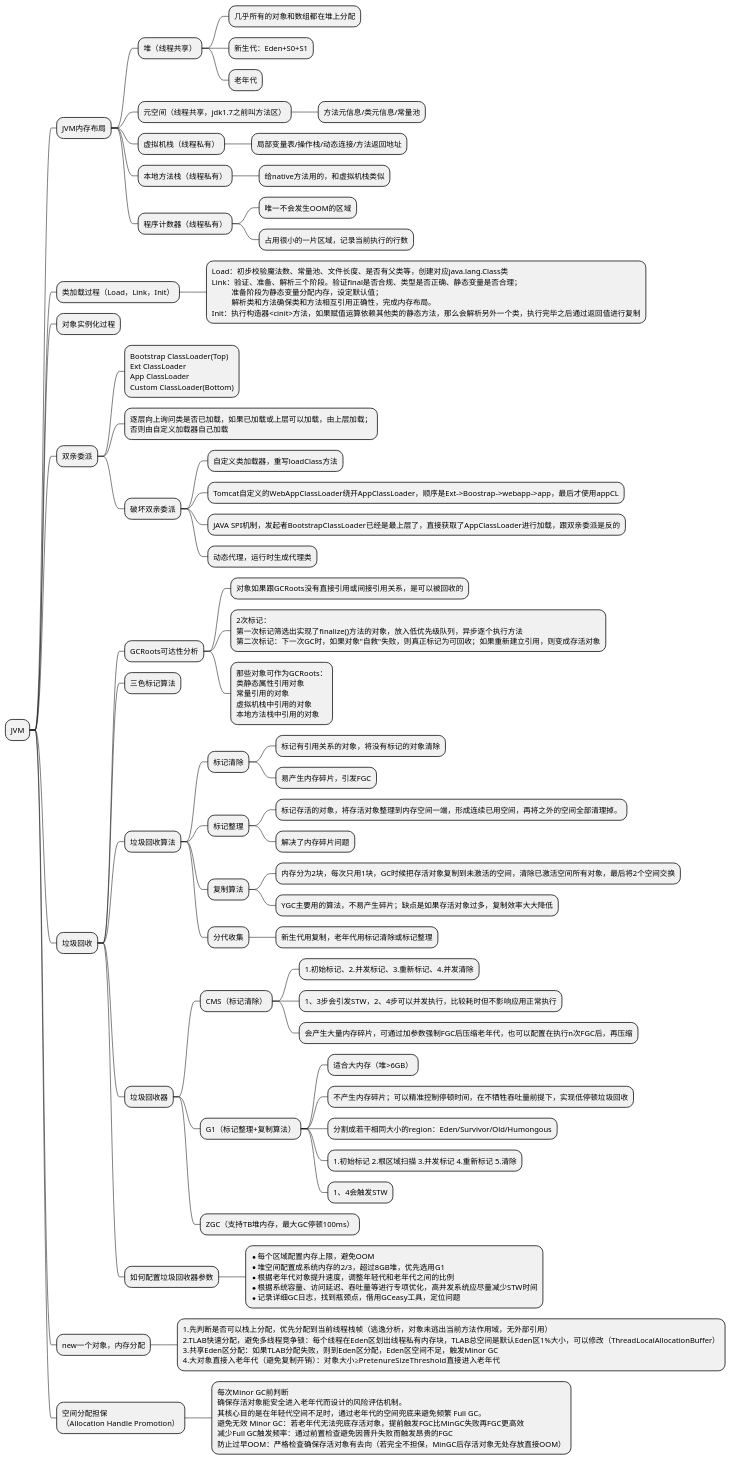
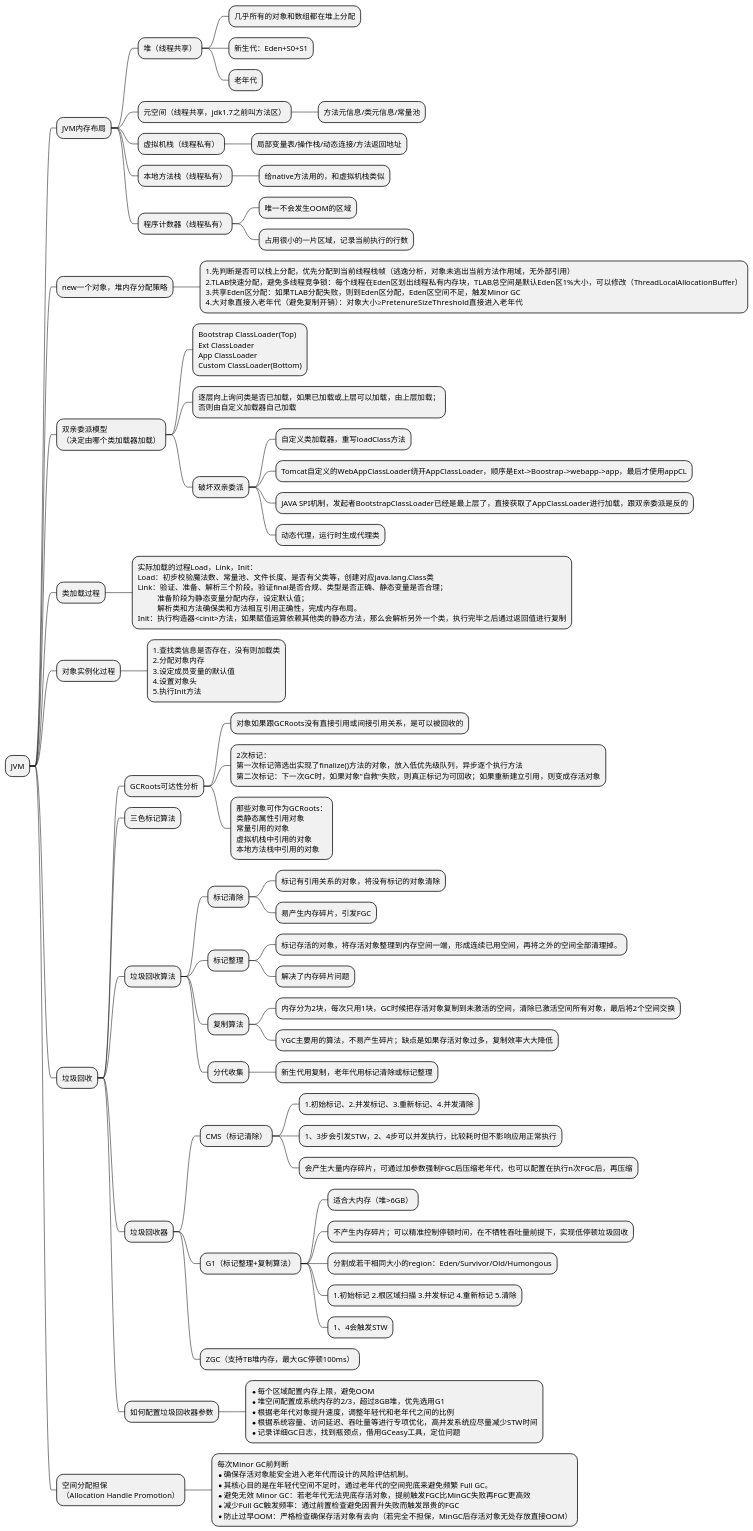
One commit to kuqi007/zor-advanced changed the diagram in notes/recall/Java基础/JVM.puml. Above: the diagram before and after it, drawn with PlantUML.

Commit message:
Recall: JVM.

```diff
--- a/notes/recall/Java基础/JVM.puml
+++ b/notes/recall/Java基础/JVM.puml
@@ -1,109 +1,115 @@
 @startmindmap
 'https://plantuml.com/mindmap-diagram
 
 * JVM
 ** JVM内存布局
 *** 堆（线程共享）
 **** 几乎所有的对象和数组都在堆上分配
 **** 新生代：Eden+S0+S1
 **** 老年代
 *** 元空间（线程共享，jdk1.7之前叫方法区）
 **** 方法元信息/类元信息/常量池
 *** 虚拟机栈（线程私有）
 **** 局部变量表/操作栈/动态连接/方法返回地址
 *** 本地方法栈（线程私有）
 **** 给native方法用的，和虚拟机栈类似
 *** 程序计数器（线程私有）
 **** 唯一不会发生OOM的区域
 **** 占用很小的一片区域，记录当前执行的行数
 
+** new一个对象，堆内存分配策略
+***:1.先判断是否可以栈上分配，优先分配到当前线程栈帧（逃逸分析，对象未逃出当前方法作用域，无外部引用）
+2.TLAB快速分配，避免多线程竞争锁：每个线程在Eden区划出线程私有内存块，TLAB总空间是默认Eden区1%大小，可以修改（ThreadLocalAllocationBuffer）
+3.共享Eden区分配：如果TLAB分配失败，则到Eden区分配，Eden区空间不足，触发Minor GC
+4.大对象直接入老年代（避免复制开销）：对象大小≥PretenureSizeThreshold直接进入老年代;
 
-
-
-** 类加载过程（Load，Link，Init）
-***:Load：初步校验魔法数、常量池、文件长度、是否有父类等，创建对应java.lang.Class类
-Link：验证、准备、解析三个阶段。验证final是否合规、类型是否正确、静态变量是否合理；
-          准备阶段为静态变量分配内存，设定默认值；
-          解析类和方法确保类和方法相互引用正确性，完成内存布局。
-Init：执行构造器<cinit>方法，如果赋值运算依赖其他类的静态方法，那么会解析另外一个类，执行完毕之后通过返回值进行复制;
-
-** 对象实例化过程
-
-** 双亲委派
+** 双亲委派模型\n（决定由哪个类加载器加载）
 ***:Bootstrap ClassLoader(Top)
 Ext ClassLoader
 App ClassLoader
 Custom ClassLoader(Bottom);
 ***:逐层向上询问类是否已加载，如果已加载或上层可以加载，由上层加载；
 否则由自定义加载器自己加载;
 *** 破坏双亲委派
 **** 自定义类加载器，重写loadClass方法
 **** Tomcat自定义的WebAppClassLoader绕开AppClassLoader，顺序是Ext->Boostrap->webapp->app，最后才使用appCL
 **** JAVA SPI机制，发起者BootstrapClassLoader已经是最上层了，直接获取了AppClassLoader进行加载，跟双亲委派是反的
 **** 动态代理，运行时生成代理类
 
+** 类加载过程
+***:实际加载的过程Load，Link，Init：
+Load：初步校验魔法数、常量池、文件长度、是否有父类等，创建对应java.lang.Class类
+Link：验证、准备、解析三个阶段。验证final是否合规、类型是否正确、静态变量是否合理；
+          准备阶段为静态变量分配内存，设定默认值；
+          解析类和方法确保类和方法相互引用正确性，完成内存布局。
+Init：执行构造器<cinit>方法，如果赋值运算依赖其他类的静态方法，那么会解析另外一个类，执行完毕之后通过返回值进行复制;
 
+
+
+
+** 对象实例化过程
+***:1.查找类信息是否存在，没有则加载类
+2.分配对象内存
+3.设定成员变量的默认值
+4.设置对象头
+5.执行Init方法;
 
 ** 垃圾回收
 *** GCRoots可达性分析
 **** 对象如果跟GCRoots没有直接引用或间接引用关系，是可以被回收的
 ****:2次标记：
 第一次标记筛选出实现了finalize()方法的对象，放入低优先级队列，异步逐个执行方法
 第二次标记：下一次GC时，如果对象"自救"失败，则真正标记为可回收；如果重新建立引用，则变成存活对象;
 ****:那些对象可作为GCRoots：
 类静态属性引用对象
 常量引用的对象
 虚拟机栈中引用的对象
 本地方法栈中引用的对象;
 *** 三色标记算法
 *** 垃圾回收算法
 **** 标记清除
 ***** 标记有引用关系的对象，将没有标记的对象清除
 ***** 易产生内存碎片，引发FGC
 **** 标记整理
 ***** 标记存活的对象，将存活对象整理到内存空间一端，形成连续已用空间，再将之外的空间全部清理掉。
 ***** 解决了内存碎片问题
 **** 复制算法
 ***** 内存分为2块，每次只用1块，GC时候把存活对象复制到未激活的空间，清除已激活空间所有对象，最后将2个空间交换
 ***** YGC主要用的算法，不易产生碎片；缺点是如果存活对象过多，复制效率大大降低
 **** 分代收集
 ***** 新生代用复制，老年代用标记清除或标记整理
 
 *** 垃圾回收器
 **** CMS（标记清除）
 ***** 1.初始标记、2.并发标记、3.重新标记、4.并发清除
 ***** 1、3步会引发STW，2、4步可以并发执行，比较耗时但不影响应用正常执行
 ***** 会产生大量内存碎片，可通过加参数强制FGC后压缩老年代，也可以配置在执行n次FGC后，再压缩
 **** G1（标记整理+复制算法）
 ***** 适合大内存（堆>6GB）
 ***** 不产生内存碎片；可以精准控制停顿时间，在不牺牲吞吐量前提下，实现低停顿垃圾回收
 ***** 分割成若干相同大小的region：Eden/Survivor/Old/Humongous
 ***** 1.初始标记 2.根区域扫描 3.并发标记 4.重新标记 5.清除
 ***** 1、4会触发STW
 **** ZGC（支持TB堆内存，最大GC停顿100ms）
 
 *** 如何配置垃圾回收器参数
 ****:*每个区域配置内存上限，避免OOM
 * 堆空间配置成系统内存的2/3，超过8GB堆，优先选用G1
 * 根据老年代对象提升速度，调整年轻代和老年代之间的比例
 * 根据系统容量、访问延迟、吞吐量等进行专项优化，高并发系统应尽量减少STW时间
 * 记录详细GC日志，找到瓶颈点，借用GCeasy工具，定位问题;
 
 
 
 
 
-** new一个对象，内存分配
-***:1.先判断是否可以栈上分配，优先分配到当前线程栈帧（逃逸分析，对象未逃出当前方法作用域，无外部引用）
-2.TLAB快速分配，避免多线程竞争锁：每个线程在Eden区划出线程私有内存块，TLAB总空间是默认Eden区1%大小，可以修改（ThreadLocalAllocationBuffer）
-3.共享Eden区分配：如果TLAB分配失败，则到Eden区分配，Eden区空间不足，触发Minor GC
-4.大对象直接入老年代（避免复制开销）：对象大小≥PretenureSizeThreshold直接进入老年代;
+
 
 ** 空间分配担保\n（Allocation Handle Promotion）
 ***:每次Minor GC前判断
-确保存活对象能安全进入老年代而设计的风险评估机制。
-其核心目的是在年轻代空间不足时，通过老年代的空间兜底来避免频繁 Full GC。
-避免无效 Minor GC：若老年代无法兜底存活对象，提前触发FGC比MinGC失败再FGC更高效
-减少Full GC触发频率：通过前置检查避免因晋升失败而触发昂贵的FGC
-防止过早OOM：严格检查确保存活对象有去向（若完全不担保，MinGC后存活对象无处存放直接OOM）;
+*确保存活对象能安全进入老年代而设计的风险评估机制。
+*其核心目的是在年轻代空间不足时，通过老年代的空间兜底来避免频繁 Full GC。
+*避免无效 Minor GC：若老年代无法兜底存活对象，提前触发FGC比MinGC失败再FGC更高效
+*减少Full GC触发频率：通过前置检查避免因晋升失败而触发昂贵的FGC
+*防止过早OOM：严格检查确保存活对象有去向（若完全不担保，MinGC后存活对象无处存放直接OOM）;
 @endmindmap
```
